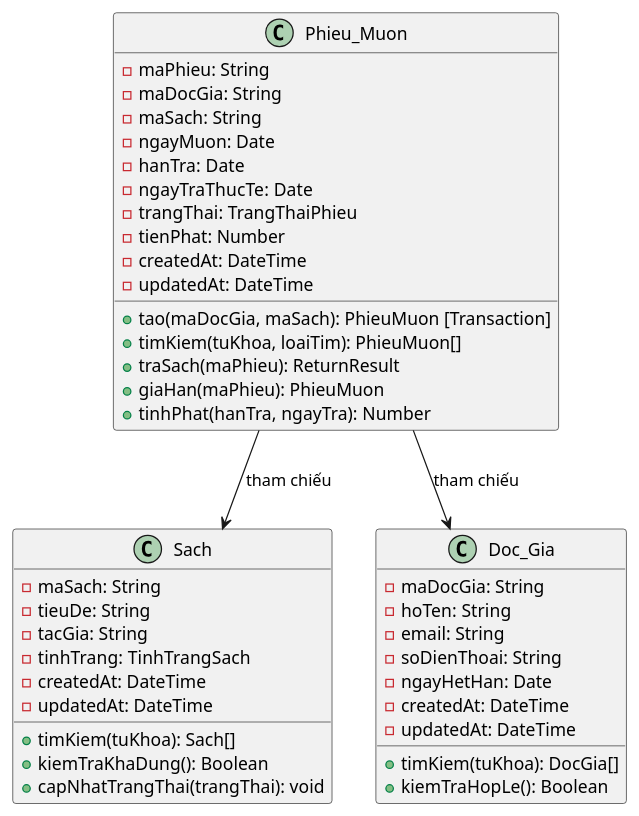
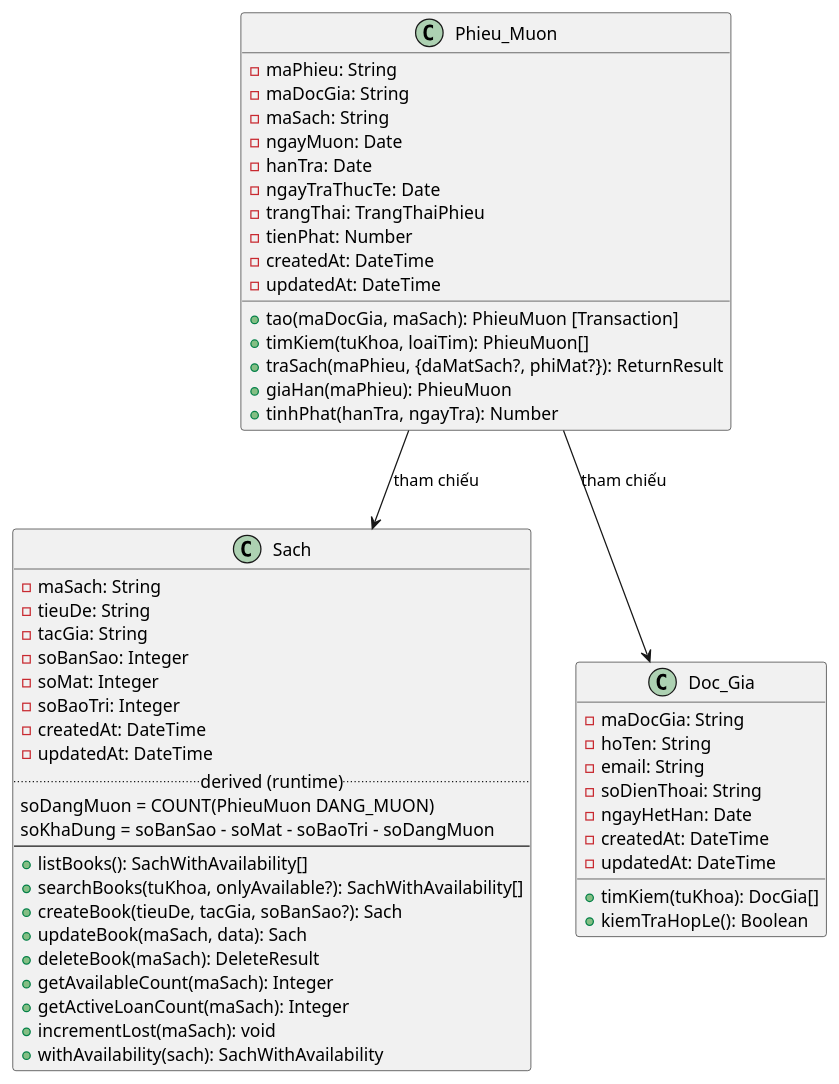
One commit to NPhamDoan/FULL_QLThuVien changed diagram 11 of 15 in .kiro/document/BaoCao_3UC_PlantUML.md. Above: the diagram before and after it, drawn with PlantUML. The commit also changed other lines of this file and 37 other files, not shown here.

````diff
--- a/.kiro/document/BaoCao_3UC_PlantUML.md
+++ b/.kiro/document/BaoCao_3UC_PlantUML.md
@@ -308,48 +342,60 @@
 ```plantuml
 @startuml
 class Sach {
     - maSach: String
     - tieuDe: String
     - tacGia: String
-    - tinhTrang: TinhTrangSach
+    - soBanSao: Integer
+    - soMat: Integer
+    - soBaoTri: Integer
     - createdAt: DateTime
     - updatedAt: DateTime
-    + timKiem(tuKhoa): Sach[]
-    + kiemTraKhaDung(): Boolean
-    + capNhatTrangThai(trangThai): void
+    ..derived (runtime)..
+    soDangMuon = COUNT(PhieuMuon DANG_MUON)
+    soKhaDung = soBanSao - soMat - soBaoTri - soDangMuon
+    --
+    + listBooks(): SachWithAvailability[]
+    + searchBooks(tuKhoa, onlyAvailable?): SachWithAvailability[]
+    + createBook(tieuDe, tacGia, soBanSao?): Sach
+    + updateBook(maSach, data): Sach
+    + deleteBook(maSach): DeleteResult
+    + getAvailableCount(maSach): Integer
+    + getActiveLoanCount(maSach): Integer
+    + incrementLost(maSach): void
+    + withAvailability(sach): SachWithAvailability
 }
 
 class Doc_Gia {
     - maDocGia: String
     - hoTen: String
     - email: String
     - soDienThoai: String
     - ngayHetHan: Date
     - createdAt: DateTime
     - updatedAt: DateTime
     + timKiem(tuKhoa): DocGia[]
     + kiemTraHopLe(): Boolean
 }
 
 class Phieu_Muon {
     - maPhieu: String
     - maDocGia: String
     - maSach: String
     - ngayMuon: Date
     - hanTra: Date
     - ngayTraThucTe: Date
     - trangThai: TrangThaiPhieu
     - tienPhat: Number
     - createdAt: DateTime
     - updatedAt: DateTime
     + tao(maDocGia, maSach): PhieuMuon [Transaction]
     + timKiem(tuKhoa, loaiTim): PhieuMuon[]
-    + traSach(maPhieu): ReturnResult
+    + traSach(maPhieu, {daMatSach?, phiMat?}): ReturnResult
     + giaHan(maPhieu): PhieuMuon
     + tinhPhat(hanTra, ngayTra): Number
 }
 
 Phieu_Muon --> Sach : tham chiếu
 Phieu_Muon --> Doc_Gia : tham chiếu
 @enduml
 ```
````
